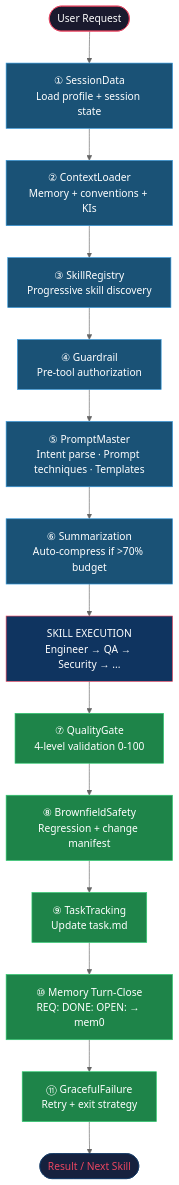
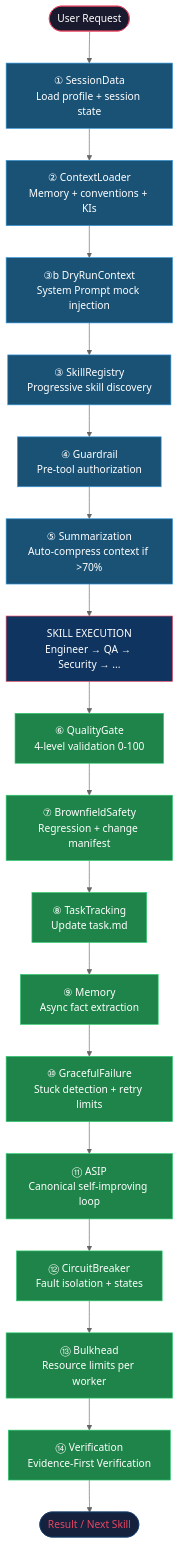
One commit to buiphucminhtam/forgewright changed the fifth of 15 diagrams in README.vi.md. Above: the diagram before and after it, drawn with Mermaid (neutral theme). The commit also changed 4 other files, not shown here.

Commit message:
docs: update sequence flow diagrams, gitnexus symbol counts, and Vietnamese flowchart

````diff
--- a/README.vi.md
+++ b/README.vi.md
@@ -274,35 +274,43 @@
 ```mermaid
 flowchart TD
     REQ(["User Request"])
     PRE1["① SessionData<br/>Load profile + session state"]
     PRE2["② ContextLoader<br/>Memory + conventions + KIs"]
+    PRE3b["③b DryRunContext<br/>System Prompt mock injection"]
     PRE3["③ SkillRegistry<br/>Progressive skill discovery"]
     PRE4["④ Guardrail<br/>Pre-tool authorization"]
-    PRE5["⑤ PromptMaster<br/>Intent parse · Prompt techniques · Templates"]
-    PRE6["⑥ Summarization<br/>Auto-compress if >70% budget"]
+    PRE5["⑤ Summarization<br/>Auto-compress context if >70%"]
     SKILL_EXEC["SKILL EXECUTION<br/>Engineer → QA → Security → ..."]
-    POST1["⑦ QualityGate<br/>4-level validation 0-100"]
-    POST2["⑧ BrownfieldSafety<br/>Regression + change manifest"]
-    POST3["⑨ TaskTracking<br/>Update task.md"]
-    POST4["⑩ Memory Turn-Close<br/>REQ: DONE: OPEN: → mem0"]
-    POST5["⑪ GracefulFailure<br/>Retry + exit strategy"]
+    POST1["⑥ QualityGate<br/>4-level validation 0-100"]
+    POST2["⑦ BrownfieldSafety<br/>Regression + change manifest"]
+    POST3["⑧ TaskTracking<br/>Update task.md"]
+    POST4["⑨ Memory<br/>Async fact extraction"]
+    POST5["⑩ GracefulFailure<br/>Stuck detection + retry limits"]
+    POST6["⑪ ASIP<br/>Canonical self-improving loop"]
+    POST7["⑫ CircuitBreaker<br/>Fault isolation + states"]
+    POST8["⑬ Bulkhead<br/>Resource limits per worker"]
+    POST9["⑭ Verification<br/>Evidence-First Verification"]
     RESULT(["Result / Next Skill"])
 
-    REQ --> PRE1 --> PRE2 --> PRE3 --> PRE4 --> PRE5 --> PRE6 --> SKILL_EXEC
-    SKILL_EXEC --> POST1 --> POST2 --> POST3 --> POST4 --> POST5 --> RESULT
+    REQ --> PRE1 --> PRE2 --> PRE3b --> PRE3 --> PRE4 --> PRE5 --> SKILL_EXEC
+    SKILL_EXEC --> POST1 --> POST2 --> POST3 --> POST4 --> POST5 --> POST6 --> POST7 --> POST8 --> POST9 --> RESULT
 
     style REQ fill:#1a1a2e,stroke:#e94560,color:#fff
     style RESULT fill:#16213e,stroke:#0f3460,color:#e94560
     style SKILL_EXEC fill:#0f3460,stroke:#e94560,color:#fff
     style PRE1 fill:#1a5276,stroke:#3498db,color:#fff
     style PRE2 fill:#1a5276,stroke:#3498db,color:#fff
+    style PRE3b fill:#1a5276,stroke:#3498db,color:#fff
     style PRE3 fill:#1a5276,stroke:#3498db,color:#fff
     style PRE4 fill:#1a5276,stroke:#3498db,color:#fff
     style PRE5 fill:#1a5276,stroke:#3498db,color:#fff
-    style PRE6 fill:#1a5276,stroke:#3498db,color:#fff
     style POST1 fill:#1e8449,stroke:#2ecc71,color:#fff
     style POST2 fill:#1e8449,stroke:#2ecc71,color:#fff
     style POST3 fill:#1e8449,stroke:#2ecc71,color:#fff
     style POST4 fill:#1e8449,stroke:#2ecc71,color:#fff
     style POST5 fill:#1e8449,stroke:#2ecc71,color:#fff
+    style POST6 fill:#1e8449,stroke:#2ecc71,color:#fff
+    style POST7 fill:#1e8449,stroke:#2ecc71,color:#fff
+    style POST8 fill:#1e8449,stroke:#2ecc71,color:#fff
+    style POST9 fill:#1e8449,stroke:#2ecc71,color:#fff
 ```
````
